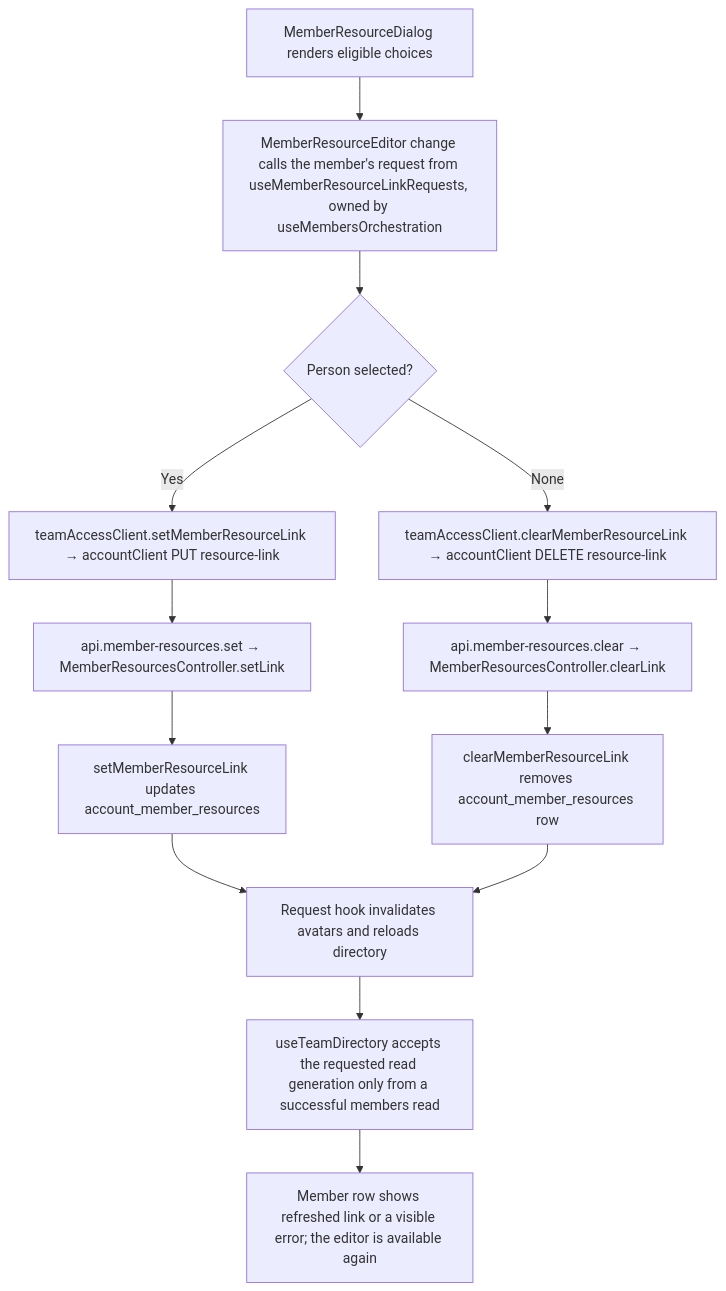
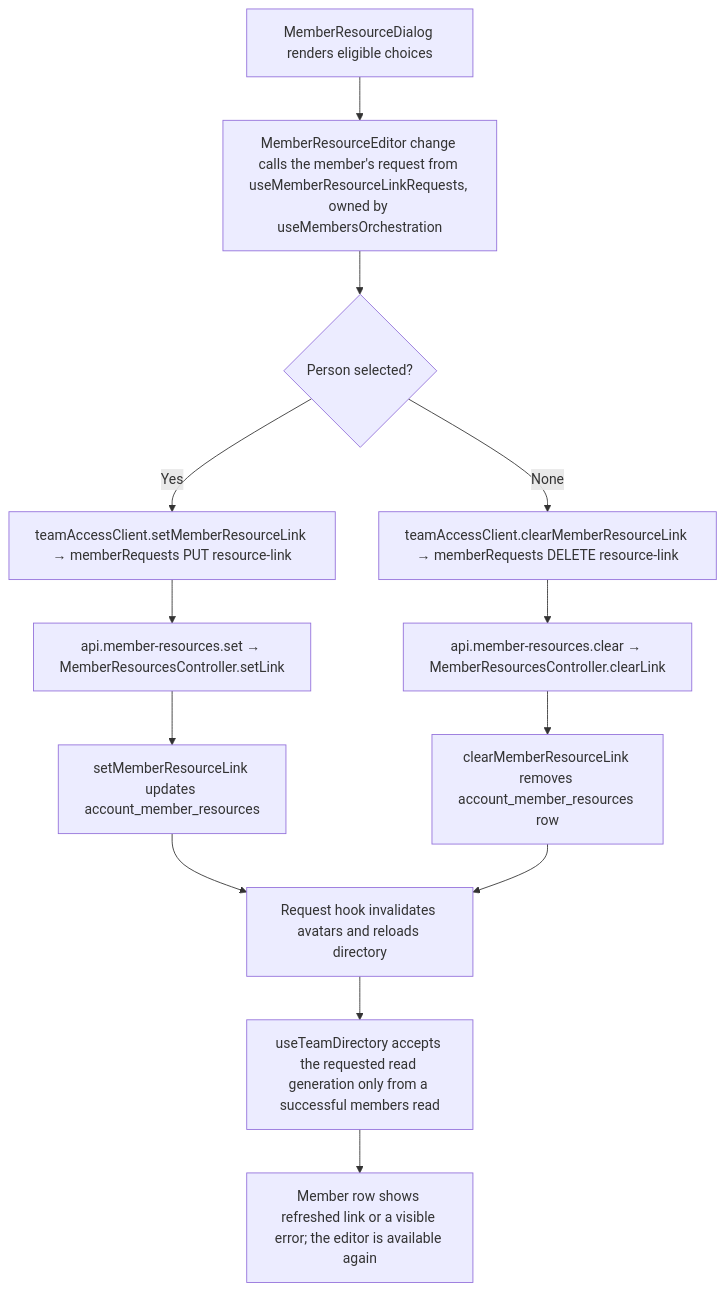
Before and after one commit to Kevinjohn/capacitylens: the second of 2 diagrams in user-stories/team/US-TEAM-07-link-resource.md, drawn with Mermaid. The commit also changed other lines of this file and 10 other files, not shown here.

````diff
--- a/user-stories/team/US-TEAM-07-link-resource.md
+++ b/user-stories/team/US-TEAM-07-link-resource.md
@@ -35,15 +35,15 @@
 ```mermaid
 flowchart TD
     Dialog["MemberResourceDialog renders eligible choices"] --> Select["MemberResourceEditor change calls the member's request from useMemberResourceLinkRequests, owned by useMembersOrchestration"]
     Select --> Choose{"Person selected?"}
-    Choose -->|"Yes"| SetClient["teamAccessClient.setMemberResourceLink → accountClient PUT resource-link"]
+    Choose -->|"Yes"| SetClient["teamAccessClient.setMemberResourceLink → memberRequests PUT resource-link"]
     SetClient --> SetRoute["api.member-resources.set → MemberResourcesController.setLink"]
     SetRoute --> SetLink["setMemberResourceLink updates account_member_resources"]
-    Choose -->|"None"| ClearClient["teamAccessClient.clearMemberResourceLink → accountClient DELETE resource-link"]
+    Choose -->|"None"| ClearClient["teamAccessClient.clearMemberResourceLink → memberRequests DELETE resource-link"]
     ClearClient --> ClearRoute["api.member-resources.clear → MemberResourcesController.clearLink"]
     ClearRoute --> ClearLink["clearMemberResourceLink removes account_member_resources row"]
     SetLink --> Reload["Request hook invalidates avatars and reloads directory"]
     ClearLink --> Reload
     Reload --> Fence["useTeamDirectory accepts the requested read generation only from a successful members read"]
     Fence --> Row["Member row shows refreshed link or a visible error; the editor is available again"]
 ```
````
